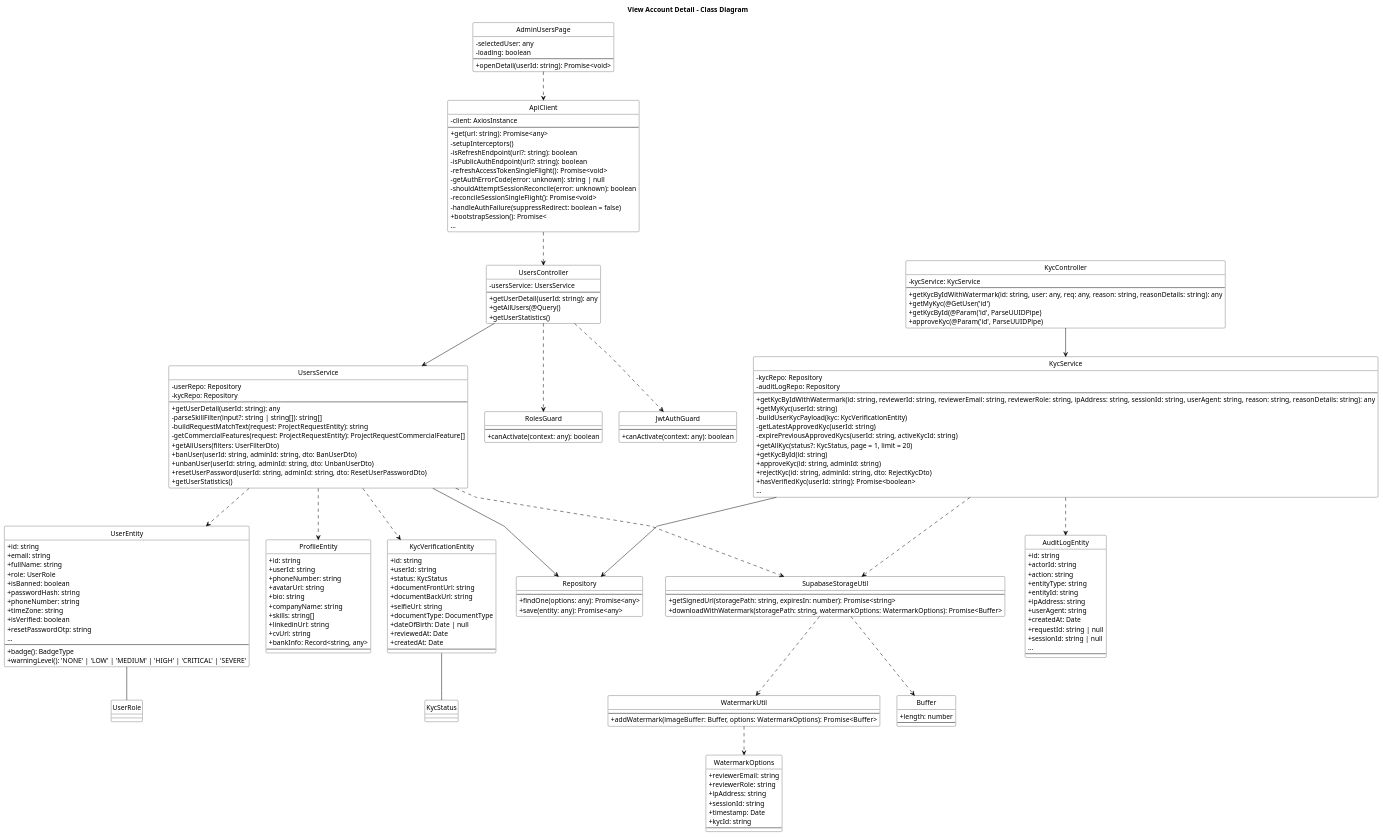
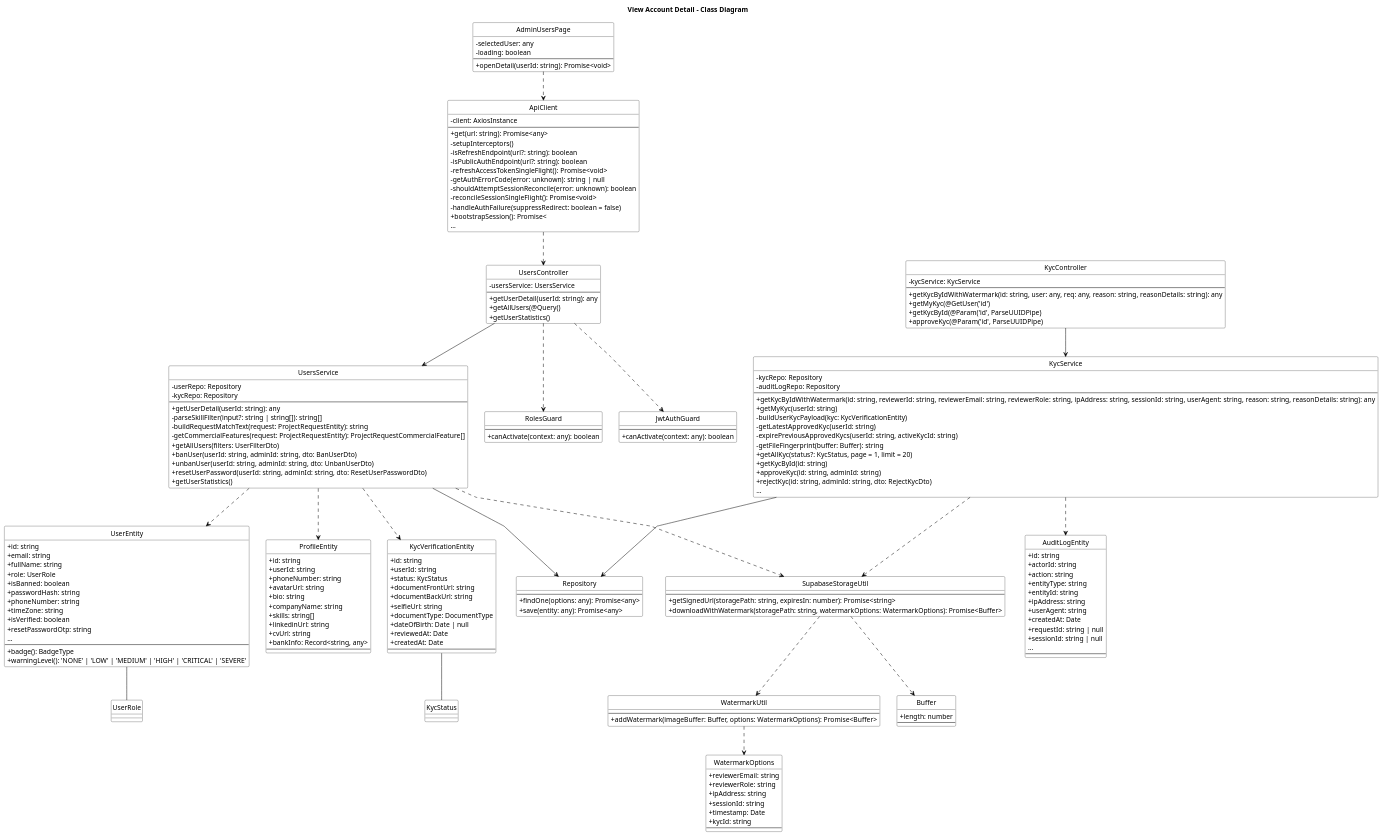
One commit to bangdcce/SEP492-Project changed the diagram in diagram/class_diagrams/view_account_detail_class_diagram_compact.puml. Above: the diagram before and after it, drawn with PlantUML. The commit also changed 221 other files, not shown here.

```diff
--- a/diagram/class_diagrams/view_account_detail_class_diagram_compact.puml
+++ b/diagram/class_diagrams/view_account_detail_class_diagram_compact.puml
@@ -89,11 +89,11 @@
     - buildUserKycPayload(kyc: KycVerificationEntity)
     - getLatestApprovedKyc(userId: string)
     - expirePreviousApprovedKycs(userId: string, activeKycId: string)
+    - getFileFingerprint(buffer: Buffer): string
     + getAllKyc(status?: KycStatus, page = 1, limit = 20)
     + getKycById(id: string)
     + approveKyc(id: string, adminId: string)
     + rejectKyc(id: string, adminId: string, dto: RejectKycDto)
-    + hasVerifiedKyc(userId: string): Promise<boolean>
     ...
 }
 
```
